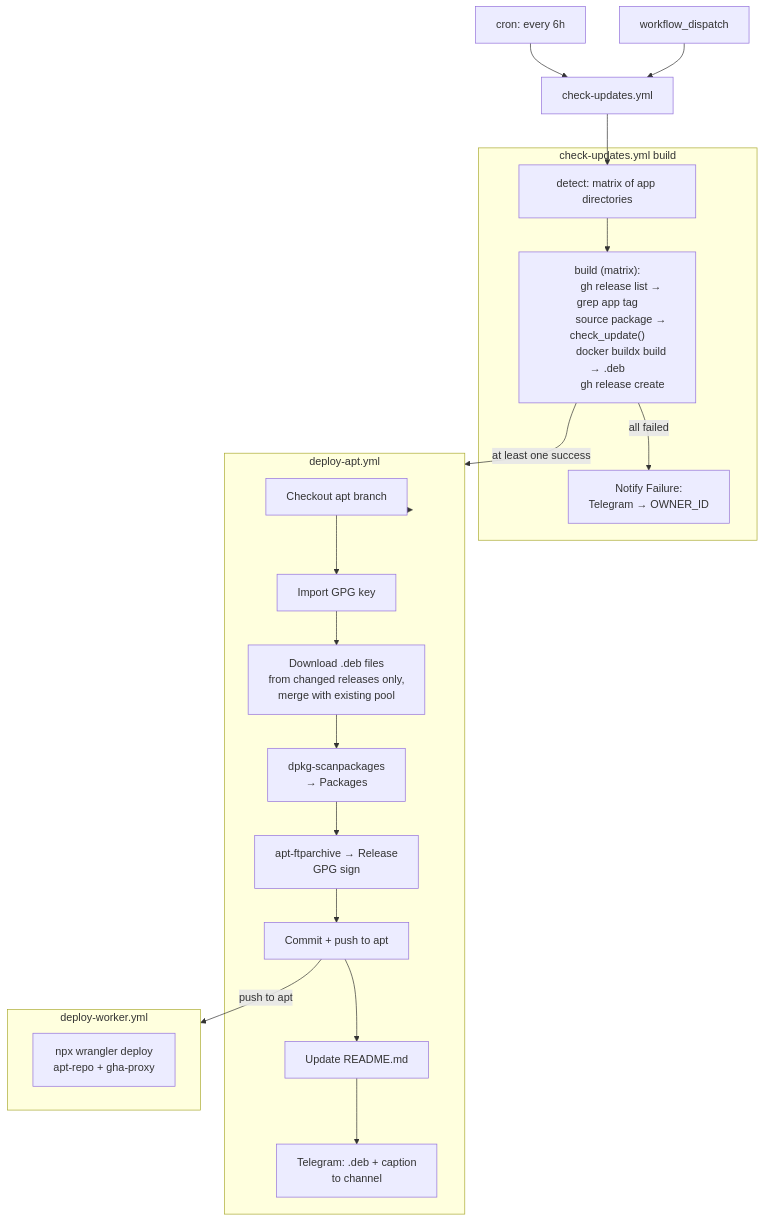
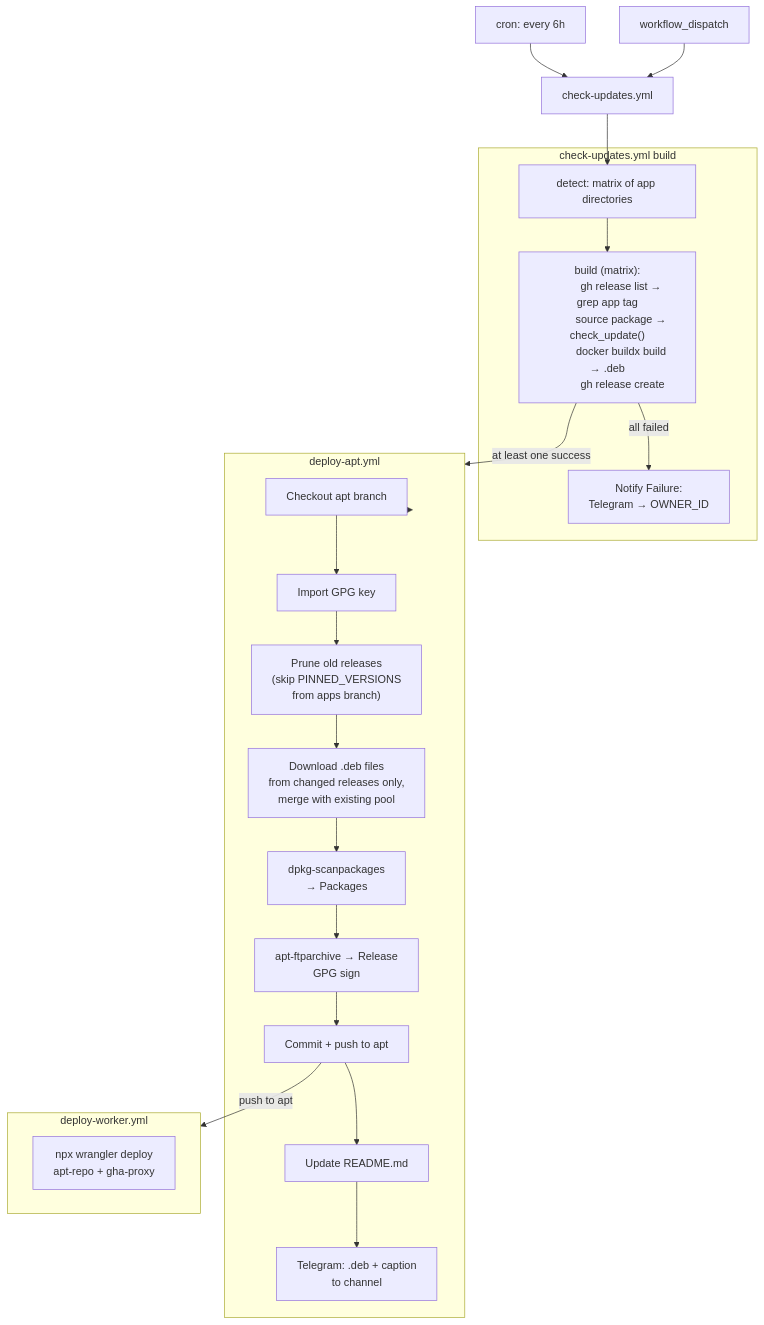
Before and after one commit to DayDve/apt-repo: the first of 5 diagrams in docs/ARCHITECTURE.md, drawn with Mermaid. The commit also changed other lines of this file and 4 other files, not shown here.

````diff
--- a/docs/ARCHITECTURE.md
+++ b/docs/ARCHITECTURE.md
@@ -19,46 +19,49 @@
 ```mermaid
 flowchart TD
   CRON["cron: every 6h"]
   MAN["workflow_dispatch"]
   CUK["check-updates.yml"]
 
   subgraph CUKB[check-updates.yml build]
     DETECT["detect: matrix of app directories"]
     BUILD["build (matrix):
           gh release list → grep app tag
           source package → check_update()
           docker buildx build → .deb
           gh release create"]
     FAIL["Notify Failure:
           Telegram → OWNER_ID"]
   end
 
   subgraph DEP[deploy-apt.yml]
     DP1["Checkout apt branch"]
     DP2["Import GPG key"]
+    DP2a["Prune old releases
+          (skip PINNED_VERSIONS
+           from apps branch)"]
     DP3["Download .deb files
          from changed releases only,
          merge with existing pool"]
     DP4["dpkg-scanpackages
          → Packages"]
     DP5["apt-ftparchive → Release
          GPG sign"]
     DP6["Commit + push to apt"]
     DP7["Update README.md"]
     DP8["Telegram: .deb + caption
          to channel"]
   end
 
   subgraph WK[deploy-worker.yml]
     WK1["npx wrangler deploy
          apt-repo + gha-proxy"]
   end
 
   CRON --> CUK
   MAN --> CUK
   CUK --> DETECT --> BUILD
   BUILD -- "at least one success" --> DEP
   BUILD -- "all failed" --> FAIL
-  DEP --> DP1 --> DP2 --> DP3 --> DP4 --> DP5 --> DP6 --> DP7 --> DP8
+  DEP --> DP1 --> DP2 --> DP2a --> DP3 --> DP4 --> DP5 --> DP6 --> DP7 --> DP8
   DP6 -- "push to apt" --> WK
 ```
````
